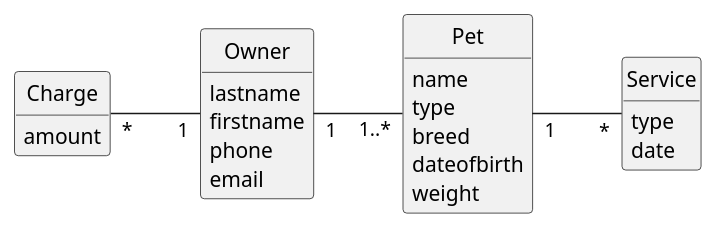
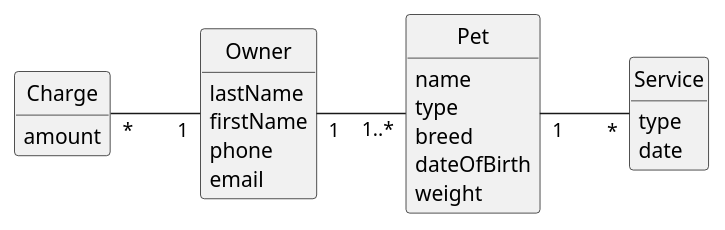
Before and after one commit to FilipMeldal/Team1A: the diagram in Programering 2. sem/Opgaver/PetParadiseDomainModel.plantuml, drawn with PlantUML.

```diff
--- a/Programering 2. sem/Opgaver/PetParadiseDomainModel.plantuml
+++ b/Programering 2. sem/Opgaver/PetParadiseDomainModel.plantuml
@@ -1,38 +1,38 @@
 @startuml
 hide circles
 hide methods
 left to right direction
 
 class Pet 
 {
     name
     type
     breed
-    dateofbirth
+    dateOfBirth
     weight
 }
 
 class Owner
 {
-    lastname
-    firstname
+    lastName
+    firstName
     phone
     email
 }
 
 Class Service
 {
     type
     date
 }
 
 Class Charge
 {
     amount
 }
 
 Owner "1" -- "1..*" Pet
 Pet "1" -- "*" Service
 Charge "*" -- "1" Owner
 
 @enduml
```
